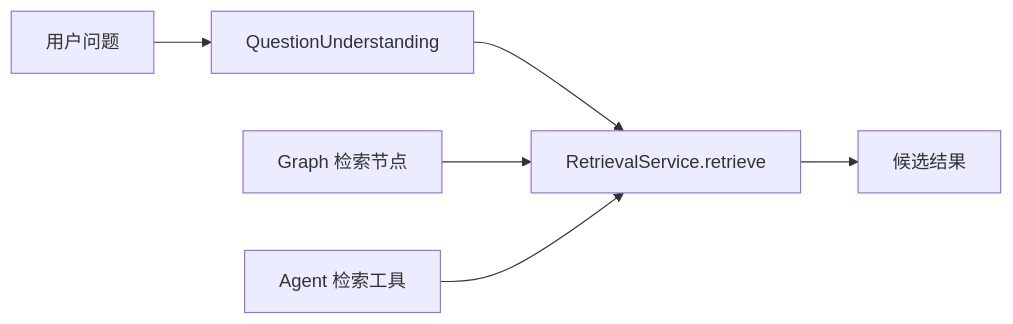
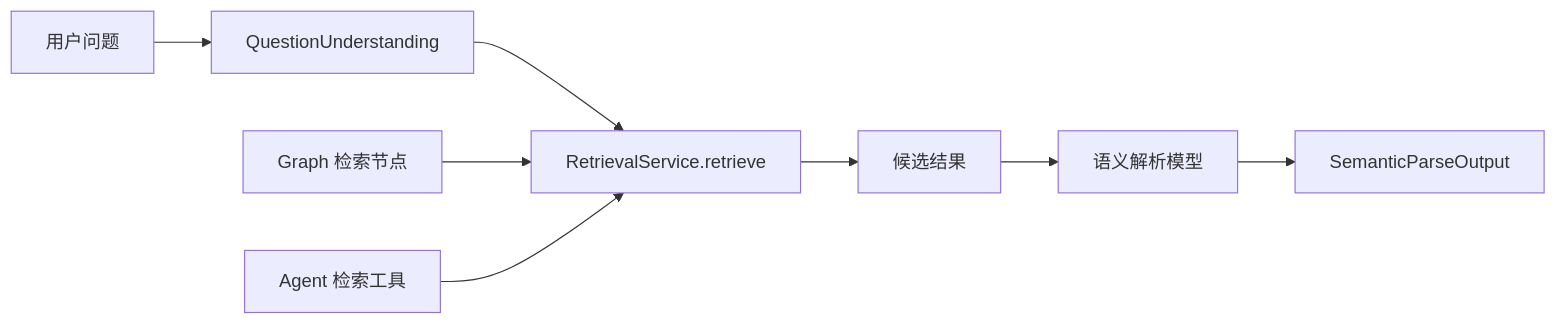
One commit to shihuaixuan/ChatBI-NEW changed the first of 4 diagrams in backend/apps/retrieval/PLATFORM_DESIGN.md. Above: the diagram before and after it, drawn with Mermaid. The commit also changed other lines of this file and 7 other files, not shown here.

````diff
--- a/backend/apps/retrieval/PLATFORM_DESIGN.md
+++ b/backend/apps/retrieval/PLATFORM_DESIGN.md
@@ -191,8 +191,10 @@
 ```mermaid
 flowchart LR
     Q["用户问题"] --> U["QuestionUnderstanding"]
     U --> R["RetrievalService.retrieve"]
     G["Graph 检索节点"] --> R
     A["Agent 检索工具"] --> R
     R --> CAND["候选结果"]
+    CAND --> P["语义解析模型"]
+    P --> OUT["SemanticParseOutput"]
 ```
````
